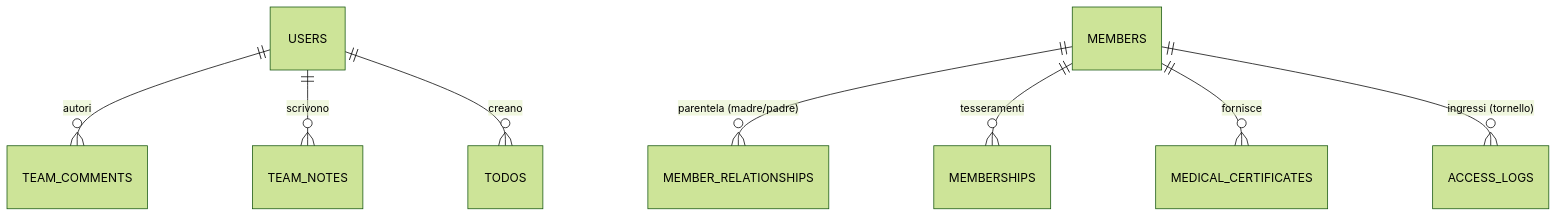
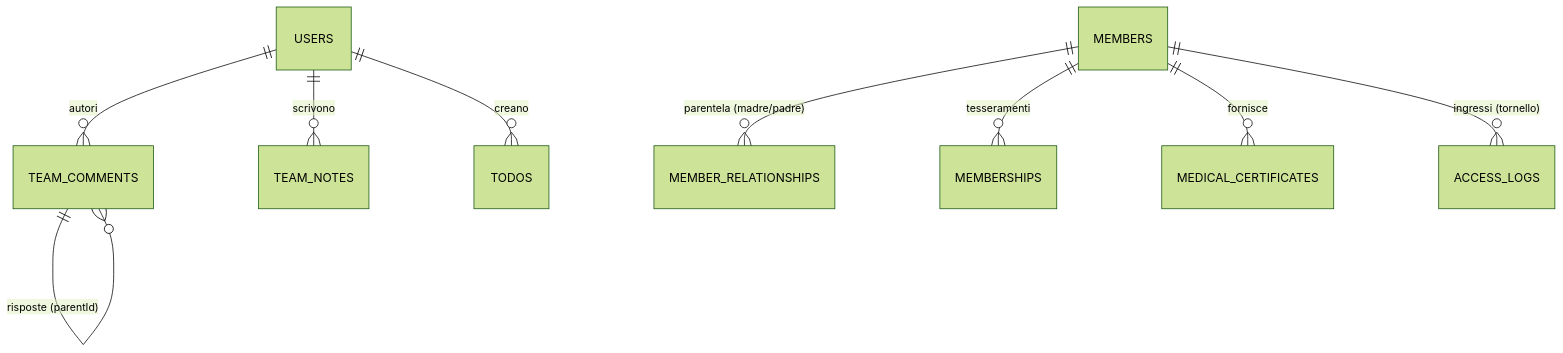
The first of 3 diagrams in _GAE_SVILUPPO/attuale/1_database_map_now.md (ago-debug/stargem-gae), drawn with Mermaid (forest theme) before and after one commit. The commit also changed other lines of this file and 18 other files, not shown here.

````diff
--- a/_GAE_SVILUPPO/attuale/1_database_map_now.md
+++ b/_GAE_SVILUPPO/attuale/1_database_map_now.md
@@ -99,11 +99,12 @@
 ```mermaid
 erDiagram
     USERS ||--o{ TEAM_COMMENTS : "autori"
+    TEAM_COMMENTS ||--o{ TEAM_COMMENTS : "risposte (parentId)"
     USERS ||--o{ TEAM_NOTES : "scrivono"
     USERS ||--o{ TODOS : "creano"
     
     MEMBERS ||--o{ MEMBER_RELATIONSHIPS : "parentela (madre/padre)"
     MEMBERS ||--o{ MEMBERSHIPS : "tesseramenti"
     MEMBERS ||--o{ MEDICAL_CERTIFICATES : "fornisce"
     MEMBERS ||--o{ ACCESS_LOGS : "ingressi (tornello)"
 ```
````
